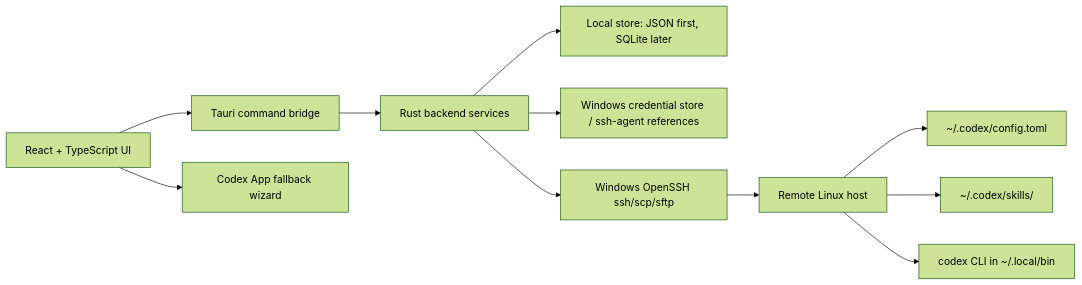
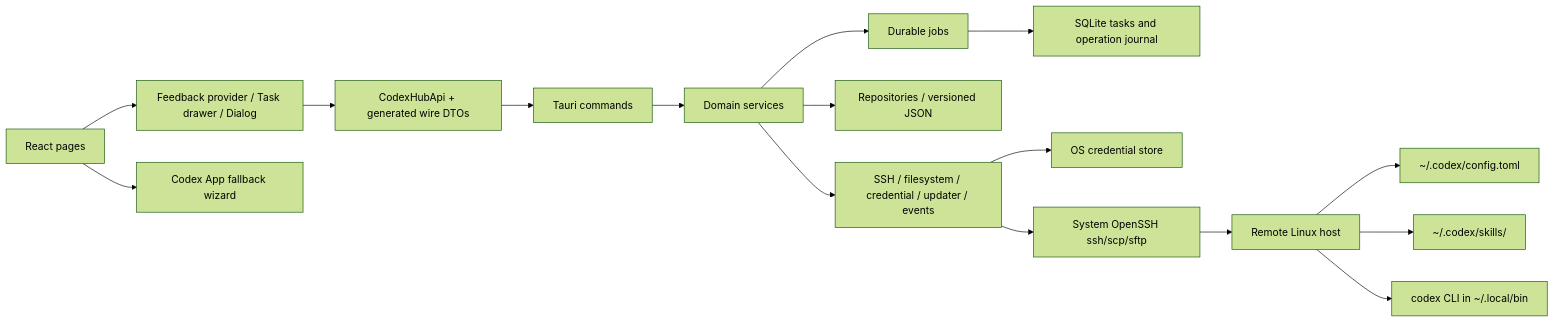
Before and after one commit to Jurio0304/CodexHub: the diagram in docs/architecture.md, drawn with Mermaid (forest theme). The commit also changed other lines of this file and 83 other files, not shown here.

Commit message:
feat(platform): unify feedback and durable operations

````diff
--- a/docs/architecture.md
+++ b/docs/architecture.md
@@ -19,13 +19,18 @@
 ```mermaid
 flowchart LR
-  UI["React + TypeScript UI"] --> Tauri["Tauri command bridge"]
-  Tauri --> Rust["Rust backend services"]
-  Rust --> Store["Local store: JSON first, SQLite later"]
-  Rust --> Creds["Windows credential store / ssh-agent references"]
-  Rust --> OpenSSH["Windows OpenSSH ssh/scp/sftp"]
+  UI["React pages"] --> Feedback["Feedback provider / Task drawer / Dialog"]
+  Feedback --> Tauri["CodexHubApi + generated wire DTOs"]
+  Tauri --> Commands["Tauri commands"]
+  Commands --> Services["Domain services"]
+  Services --> Jobs["Durable jobs"]
+  Services --> Storage["Repositories / versioned JSON"]
+  Jobs --> SQLite["SQLite tasks and operation journal"]
+  Services --> Adapters["SSH / filesystem / credential / updater / events"]
+  Adapters --> Creds["OS credential store"]
+  Adapters --> OpenSSH["System OpenSSH ssh/scp/sftp"]
   OpenSSH --> Remote["Remote Linux host"]
   Remote --> Config["~/.codex/config.toml"]
   Remote --> Skills["~/.codex/skills/"]
   Remote --> CodexCli["codex CLI in ~/.local/bin"]
   UI --> Fallback["Codex App fallback wizard"]
 ```
````
